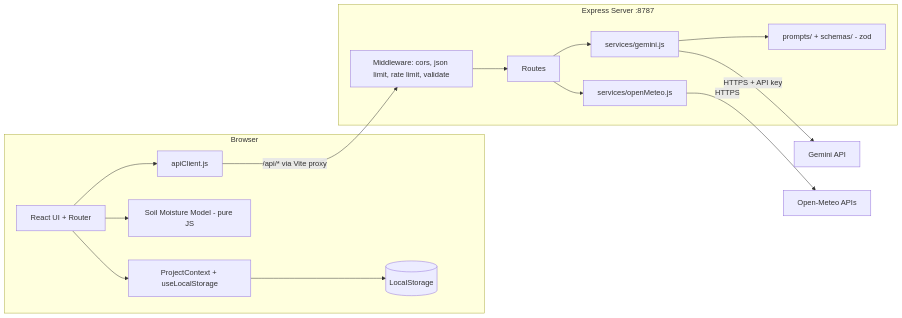
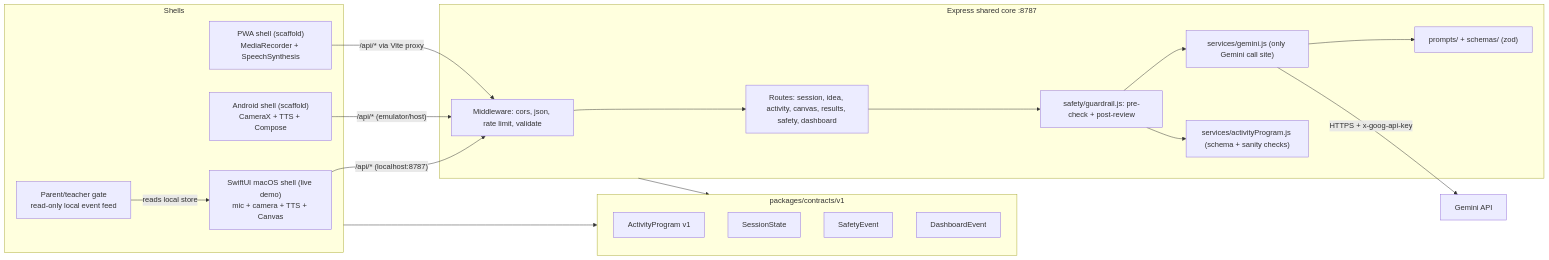
One commit to MrEGAMERZ/Curioforge changed the first of 3 diagrams in ARCHITECTURE.md. Above: the diagram before and after it, drawn with Mermaid. The commit also changed other lines of this file and 63 other files, not shown here.

Commit message:
feat: build full CurioForge macOS desktop app with multilingual voice tutor and interactive living canvas

````diff
--- a/ARCHITECTURE.md
+++ b/ARCHITECTURE.md
@@ -23,29 +26,36 @@
 ```mermaid
 flowchart LR
-  subgraph Browser
-    UI[React UI + Router]
-    CTX[ProjectContext + useLocalStorage]
-    SIM[Soil Moisture Model - pure JS]
-    API[apiClient.js]
-    LS[(LocalStorage)]
-    UI --> CTX --> LS
-    UI --> SIM
-    UI --> API
+  subgraph Shells
+    MAC["SwiftUI macOS shell (live demo)<br/>mic + camera + TTS + Canvas"]
+    AND["Android shell (scaffold)<br/>CameraX + TTS + Compose"]
+    PWA["PWA shell (scaffold)<br/>MediaRecorder + SpeechSynthesis"]
+    PARENT["Parent/teacher gate<br/>read-only local event feed"]
   end
 
-  subgraph Server[Express Server :8787]
-    MW[Middleware: cors, json limit, rate limit, validate]
-    RT[Routes]
-    GS[services/gemini.js]
-    OM[services/openMeteo.js]
-    PR[prompts/ + schemas/ - zod]
-    MW --> RT
-    RT --> GS
-    RT --> OM
+  subgraph Contracts["packages/contracts/v1"]
+    AP["ActivityProgram v1"]
+    SS["SessionState"]
+    SE["SafetyEvent"]
+    DE["DashboardEvent"]
+  end
+
+  subgraph Core["Express shared core :8787"]
+    MW["Middleware: cors, json, rate limit, validate"]
+    RT["Routes: session, idea, activity, canvas, results, safety, dashboard"]
+    GR["safety/guardrail.js: pre-check + post-review"]
+    GS["services/gemini.js (only Gemini call site)"]
+    AV["services/activityProgram.js (schema + sanity checks)"]
+    PR["prompts/ + schemas/ (zod)"]
+    MW --> RT --> GR --> GS
+    GR --> AV
     GS --> PR
   end
 
-  API -- "/api/* via Vite proxy" --> MW
-  GS -- HTTPS + API key --> GEM[Gemini API]
-  OM -- HTTPS --> OPM[Open-Meteo APIs]
+  MAC -- "/api/* (localhost:8787)" --> MW
+  AND -- "/api/* (emulator/host)" --> MW
+  PWA -- "/api/* via Vite proxy" --> MW
+  PARENT -- "reads local store" --> MAC
+  Shells --> Contracts
+  Core --> Contracts
+  GS -- "HTTPS + x-goog-api-key" --> GEM[Gemini API]
 ```
````
